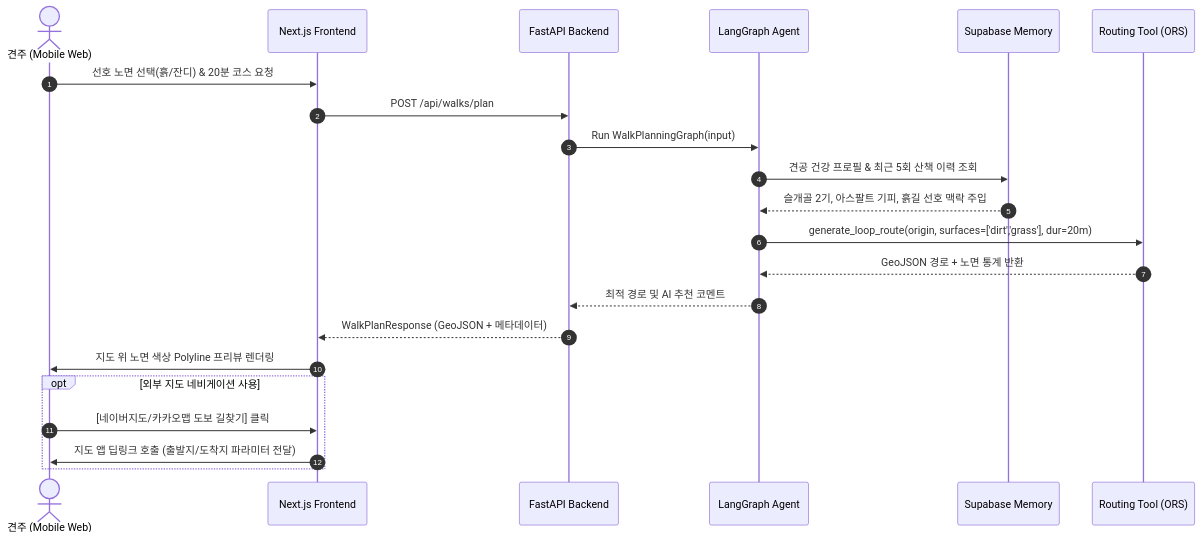
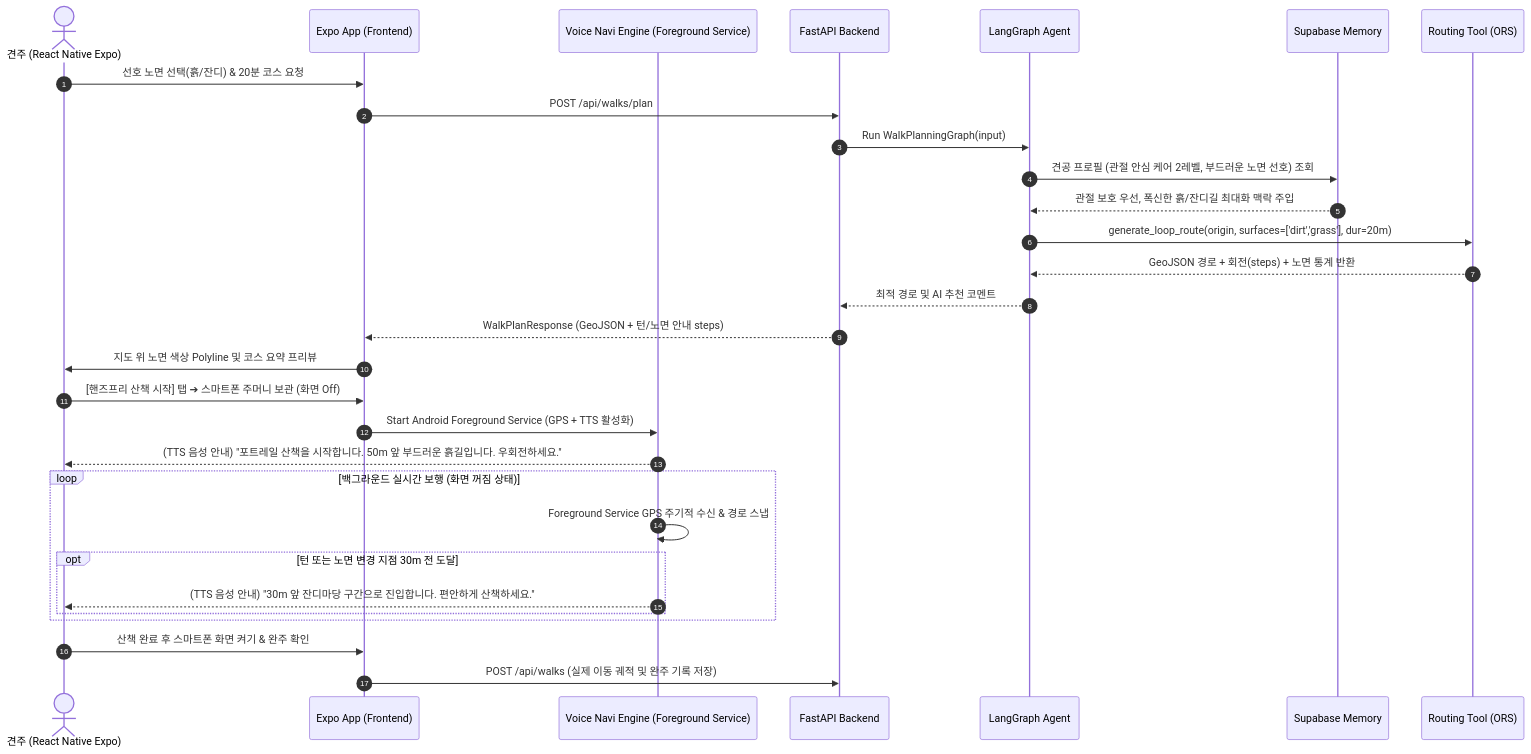
The fourth of 6 diagrams in docs/04_PawTrail_Architecture_Design.md (gigantess/PawTrail), drawn with Mermaid before and after one commit. The commit also changed other lines of this file and 27 other files, not shown here.

````diff
--- a/docs/04_PawTrail_Architecture_Design.md
+++ b/docs/04_PawTrail_Architecture_Design.md
@@ -328,26 +334,36 @@
 ```mermaid
 sequenceDiagram
     autonumber
-    actor User as 견주 (Mobile Web)
-    participant Front as Next.js Frontend
+    actor User as 견주 (React Native Expo)
+    participant Front as Expo App (Frontend)
+    participant Navi as Voice Navi Engine (Foreground Service)
     participant API as FastAPI Backend
     participant Agent as LangGraph Agent
     participant Mem as Supabase Memory
     participant RouterTool as Routing Tool (ORS)
 
     User->>Front: 선호 노면 선택(흙/잔디) & 20분 코스 요청
     Front->>API: POST /api/walks/plan
     API->>Agent: Run WalkPlanningGraph(input)
-    Agent->>Mem: 견공 건강 프로필 & 최근 5회 산책 이력 조회
-    Mem-->>Agent: 슬개골 2기, 아스팔트 기피, 흙길 선호 맥락 주입
+    Agent->>Mem: 견공 프로필 (관절 안심 케어 2레벨, 부드러운 노면 선호) 조회
+    Mem-->>Agent: 관절 보호 우선, 폭신한 흙/잔디길 최대화 맥락 주입
     Agent->>RouterTool: generate_loop_route(origin, surfaces=['dirt','grass'], dur=20m)
-    RouterTool-->>Agent: GeoJSON 경로 + 노면 통계 반환
+    RouterTool-->>Agent: GeoJSON 경로 + 회전(steps) + 노면 통계 반환
     Agent-->>API: 최적 경로 및 AI 추천 코멘트
-    API-->>Front: WalkPlanResponse (GeoJSON + 메타데이터)
-    Front->>User: 지도 위 노면 색상 Polyline 프리뷰 렌더링
+    API-->>Front: WalkPlanResponse (GeoJSON + 턴/노면 안내 steps)
+    Front->>User: 지도 위 노면 색상 Polyline 및 코스 요약 프리뷰
     
-    opt 외부 지도 네비게이션 사용
-        User->>Front: [네이버지도/카카오맵 도보 길찾기] 클릭
-        Front->>User: 지도 앱 딥링크 호출 (출발지/도착지 파라미터 전달)
+    User->>Front: [핸즈프리 산책 시작] 탭 ➔ 스마트폰 주머니 보관 (화면 Off)
+    Front->>Navi: Start Android Foreground Service (GPS + TTS 활성화)
+    Navi-->>User: (TTS 음성 안내) "포트레일 산책을 시작합니다. 50m 앞 부드러운 흙길입니다. 우회전하세요."
+    
+    loop 백그라운드 실시간 보행 (화면 꺼짐 상태)
+        Navi->>Navi: Foreground Service GPS 주기적 수신 & 경로 스냅
+        opt 턴 또는 노면 변경 지점 30m 전 도달
+            Navi-->>User: (TTS 음성 안내) "30m 앞 잔디마당 구간으로 진입합니다. 편안하게 산책하세요."
+        end
     end
+
+    User->>Front: 산책 완료 후 스마트폰 화면 켜기 & 완주 확인
+    Front->>API: POST /api/walks (실제 이동 궤적 및 완주 기록 저장)
 ```
````
